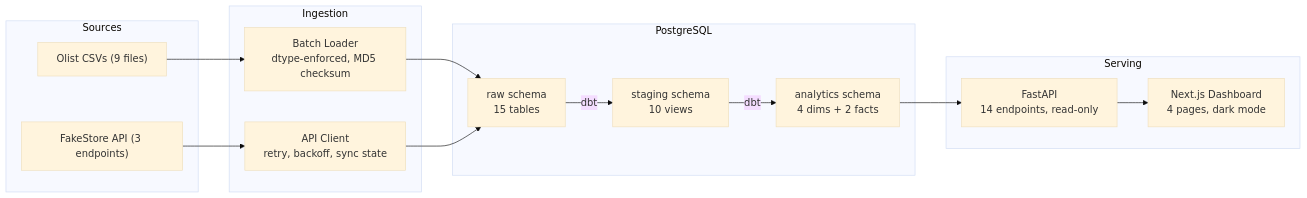
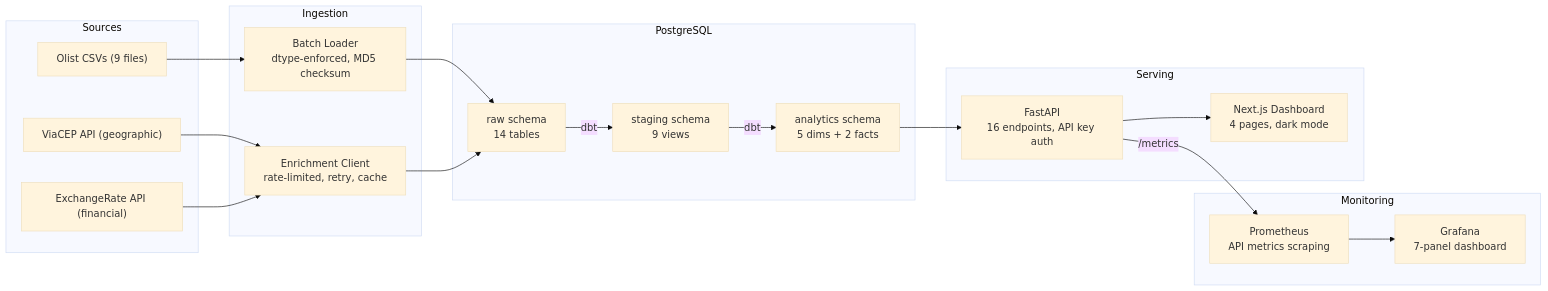
One commit to bigturtle679/E-Commerce_DataAnalytics_Platform changed the first of 3 diagrams in README.md. Above: the diagram before and after it, drawn with Mermaid (base theme). The commit also changed other lines of this file and 36 other files, not shown here.

````diff
--- a/README.md
+++ b/README.md
@@ -30,28 +34,36 @@
 ```mermaid
 graph LR
   subgraph Sources
     CSV["Olist CSVs (9 files)"]
-    API["FakeStore API (3 endpoints)"]
+    VCEP["ViaCEP API (geographic)"]
+    FX["ExchangeRate API (financial)"]
   end
 
   subgraph Ingestion
     BC["Batch Loader<br/>dtype-enforced, MD5 checksum"]
-    AC["API Client<br/>retry, backoff, sync state"]
+    EC["Enrichment Client<br/>rate-limited, retry, cache"]
   end
 
   subgraph PostgreSQL
-    RAW["raw schema<br/>15 tables"]
-    STG["staging schema<br/>10 views"]
-    ANA["analytics schema<br/>4 dims + 2 facts"]
+    RAW["raw schema<br/>14 tables"]
+    STG["staging schema<br/>9 views"]
+    ANA["analytics schema<br/>5 dims + 2 facts"]
+  end
+
+  subgraph Monitoring
+    PROM["Prometheus<br/>API metrics scraping"]
+    GRAF["Grafana<br/>7-panel dashboard"]
   end
 
   subgraph Serving
-    FAPI["FastAPI<br/>14 endpoints, read-only"]
+    FAPI["FastAPI<br/>16 endpoints, API key auth"]
     UI["Next.js Dashboard<br/>4 pages, dark mode"]
   end
 
   CSV --> BC --> RAW
-  API --> AC --> RAW
+  VCEP --> EC --> RAW
+  FX --> EC
   RAW -->|dbt| STG -->|dbt| ANA
   ANA --> FAPI --> UI
+  FAPI -->|/metrics| PROM --> GRAF
 ```
````
